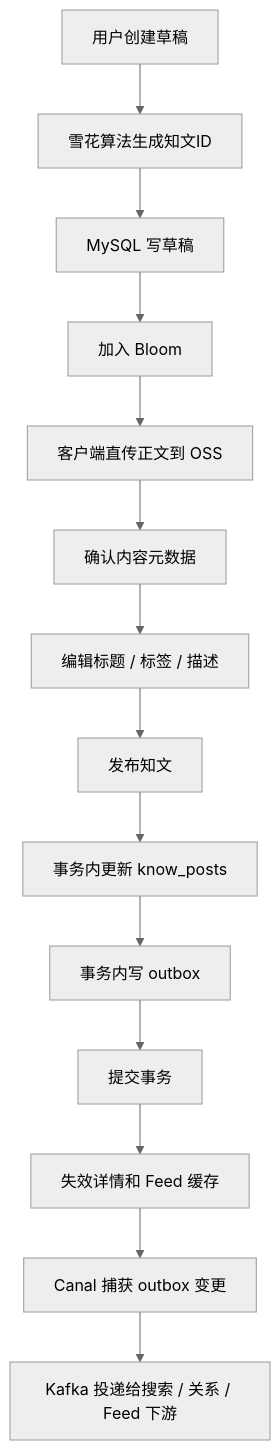
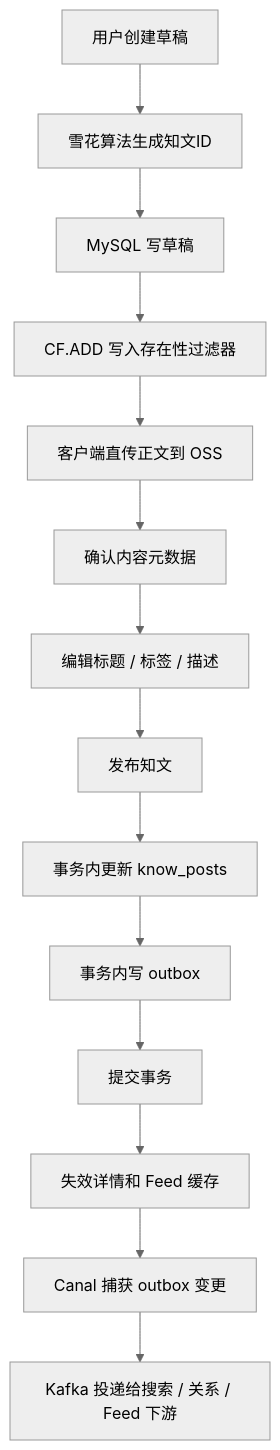
Before and after one commit to bitladykiller/zhiguang_go: the third of 7 diagrams in README.md, drawn with Mermaid (neutral theme). The commit also changed other lines of this file and 12 other files, not shown here.

````diff
--- a/README.md
+++ b/README.md
@@ -447,16 +447,16 @@
 ```mermaid
 flowchart TD
     A[用户创建草稿] --> B[雪花算法生成知文ID]
     B --> C[MySQL 写草稿]
-    C --> D[加入 Bloom]
+    C --> D[CF.ADD 写入存在性过滤器]
     D --> E[客户端直传正文到 OSS]
     E --> F[确认内容元数据]
     F --> G[编辑标题 / 标签 / 描述]
     G --> H[发布知文]
     H --> I[事务内更新 know_posts]
     I --> J[事务内写 outbox]
     J --> K[提交事务]
     K --> L[失效详情和 Feed 缓存]
     L --> M[Canal 捕获 outbox 变更]
     M --> N[Kafka 投递给搜索 / 关系 / Feed 下游]
 ```
````
